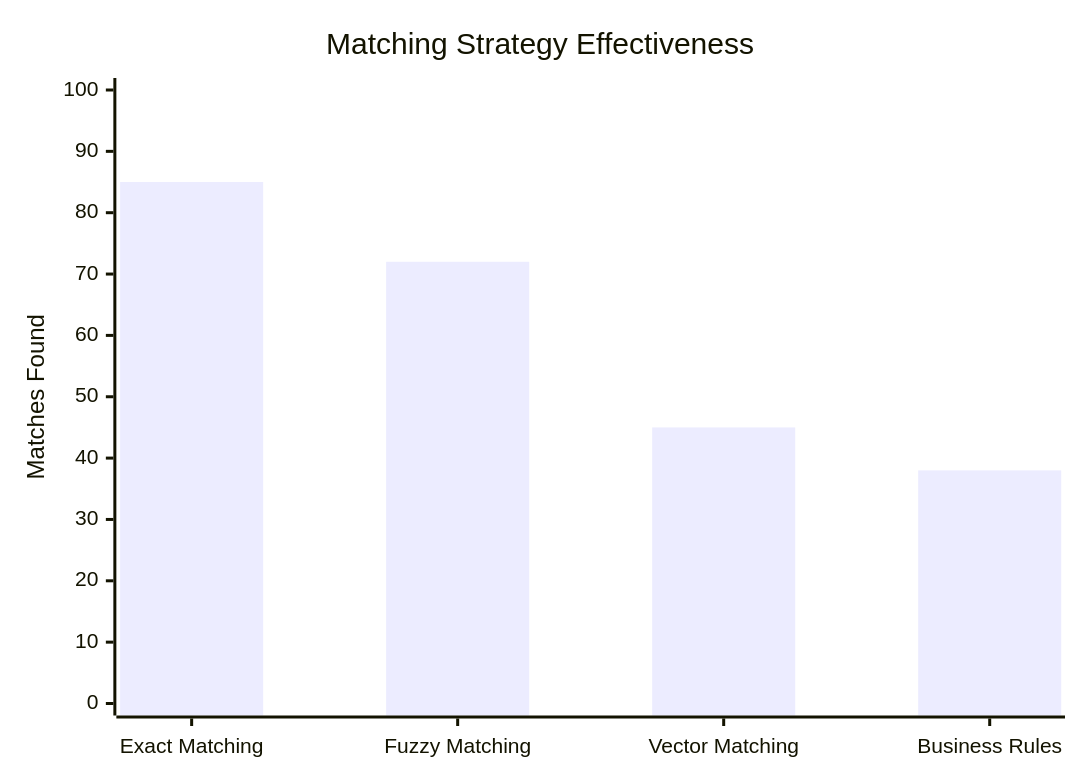
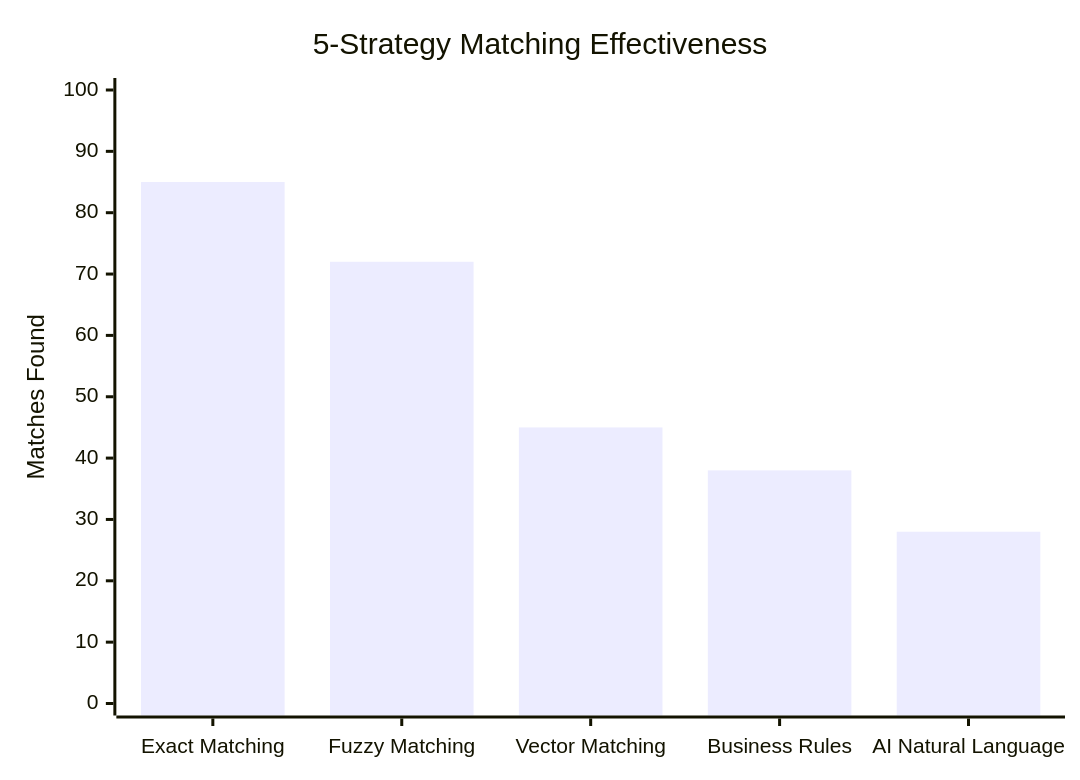
The second of 4 diagrams in batch_mdm_gcp/MDM_BATCH_RESULTS.md (johanesalxd/mdm-gcp), drawn with Mermaid before and after one commit. The commit also changed other lines of this file and 2 other files, not shown here.

````diff
--- a/batch_mdm_gcp/MDM_BATCH_RESULTS.md
+++ b/batch_mdm_gcp/MDM_BATCH_RESULTS.md
@@ -114,7 +119,7 @@
 ```mermaid
 xychart-beta
-    title "Matching Strategy Effectiveness"
-    x-axis ["Exact Matching", "Fuzzy Matching", "Vector Matching", "Business Rules"]
+    title "5-Strategy Matching Effectiveness"
+    x-axis ["Exact Matching", "Fuzzy Matching", "Vector Matching", "Business Rules", "AI Natural Language"]
     y-axis "Matches Found" 0 --> 100
-    bar [85, 72, 45, 38]
+    bar [85, 72, 45, 38, 28]
 ```
````
